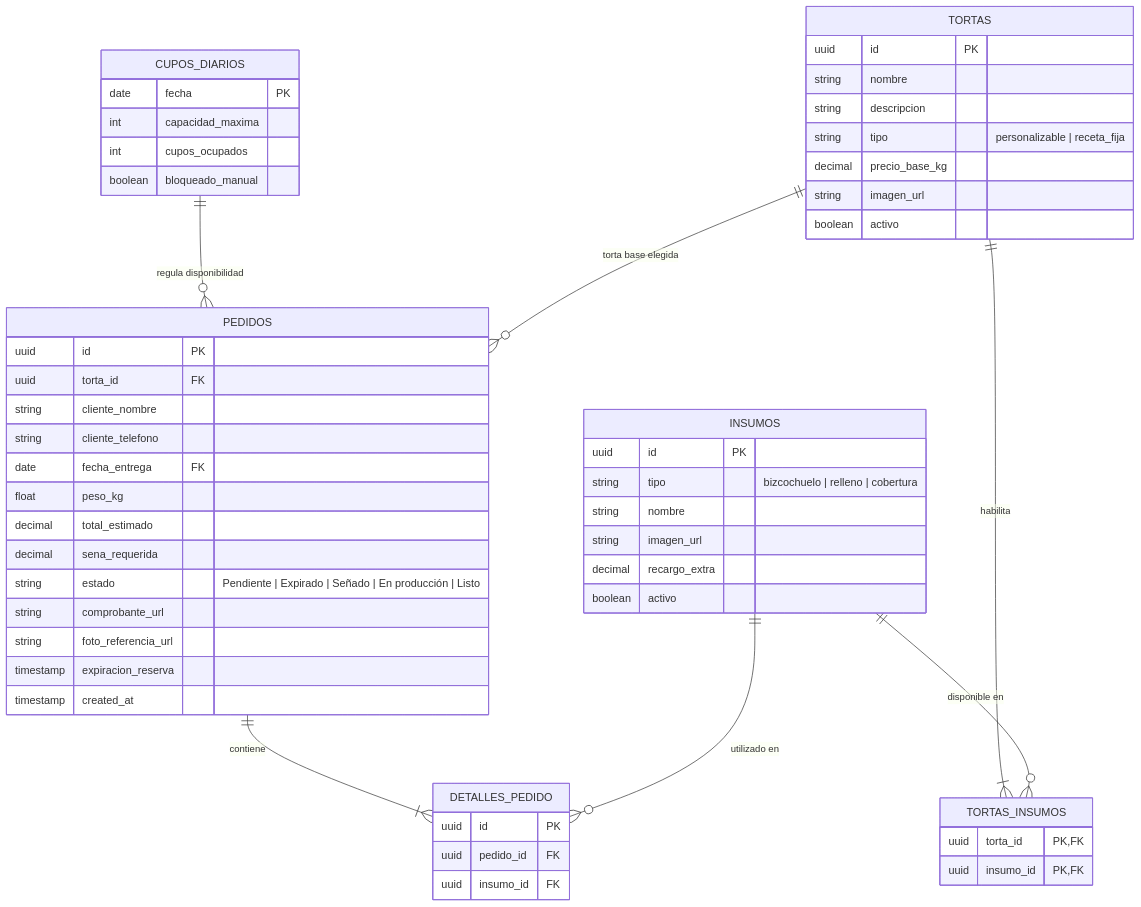
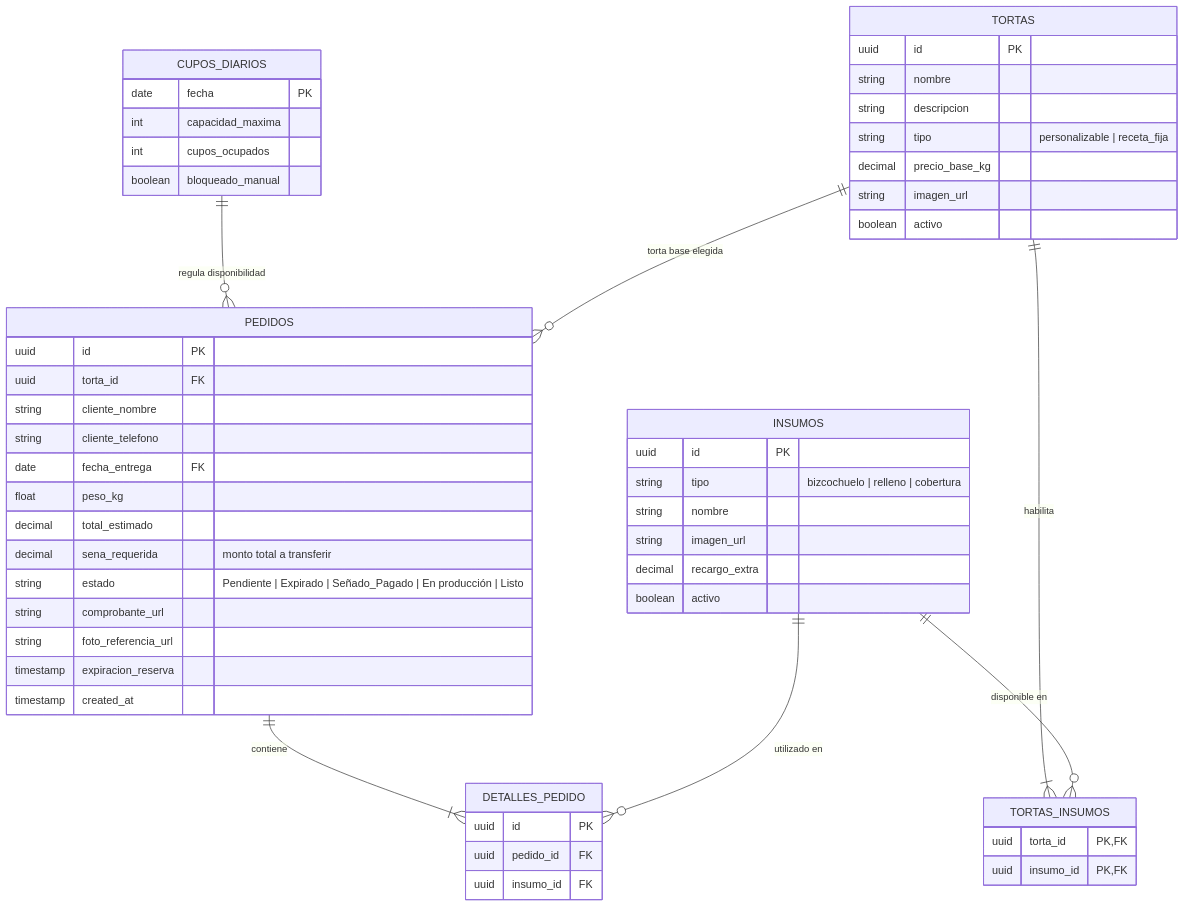
The third of 3 diagrams in docs/05-metodologia.md (til-unca-2026/pasteleria-yonatanAhumada), drawn with Mermaid before and after one commit. The commit also changed other lines of this file and 1 other file, not shown here.

Commit message:
docs: unificar terminología a pago único por transferencia anticipada

````diff
--- a/docs/05-metodologia.md
+++ b/docs/05-metodologia.md
@@ -143,62 +143,62 @@
 ```mermaid
 erDiagram
     CUPOS_DIARIOS {
         date fecha PK
         int capacidad_maxima
         int cupos_ocupados
         boolean bloqueado_manual
     }
 
     TORTAS {
         uuid id PK
         string nombre
         string descripcion
         string tipo "personalizable | receta_fija"
         decimal precio_base_kg
         string imagen_url
         boolean activo
     }
 
     PEDIDOS {
         uuid id PK
         uuid torta_id FK
         string cliente_nombre
         string cliente_telefono
         date fecha_entrega FK
         float peso_kg
         decimal total_estimado
-        decimal sena_requerida
-        string estado "Pendiente | Expirado | Señado | En producción | Listo"
+        decimal sena_requerida "monto total a transferir"
+        string estado "Pendiente | Expirado | Señado_Pagado | En producción | Listo"
         string comprobante_url
         string foto_referencia_url
         timestamp expiracion_reserva
         timestamp created_at
     }
 
     INSUMOS {
         uuid id PK
         string tipo "bizcochuelo | relleno | cobertura"
         string nombre
         string imagen_url
         decimal recargo_extra
         boolean activo
     }
 
     DETALLES_PEDIDO {
         uuid id PK
         uuid pedido_id FK
         uuid insumo_id FK
     }
 
     TORTAS_INSUMOS {
         uuid torta_id PK,FK
         uuid insumo_id PK,FK
     }
 
     CUPOS_DIARIOS ||--o{ PEDIDOS : "regula disponibilidad"
     TORTAS ||--o{ PEDIDOS : "torta base elegida"
     TORTAS ||--|{ TORTAS_INSUMOS : "habilita"
     INSUMOS ||--o{ TORTAS_INSUMOS : "disponible en"
     PEDIDOS ||--|{ DETALLES_PEDIDO : "contiene"
     INSUMOS ||--o{ DETALLES_PEDIDO : "utilizado en"
 ```
````
